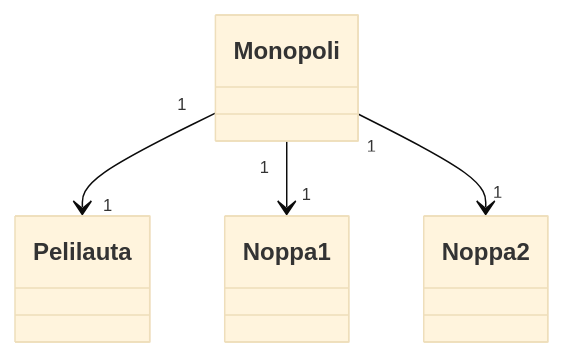
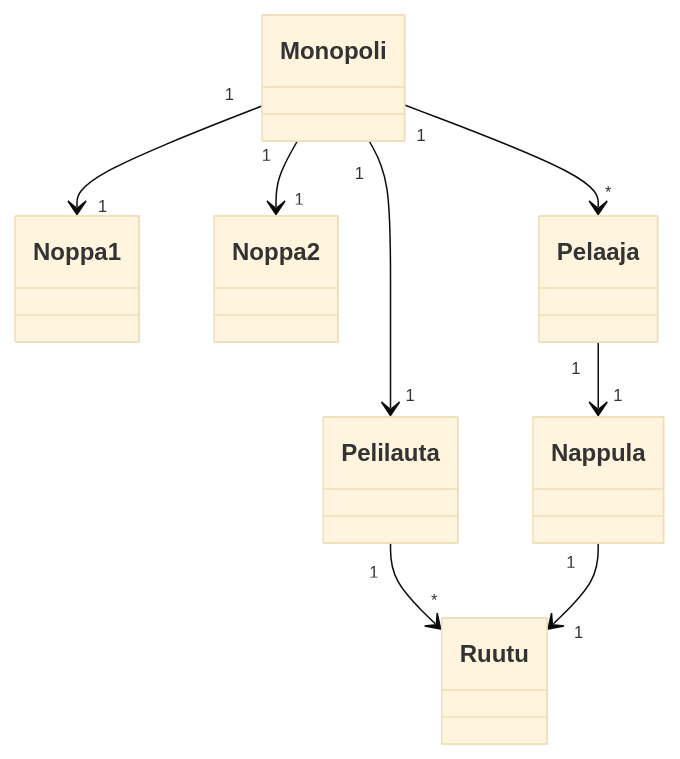
Before and after one commit to jannelem/ot-harjoitustyo-jannelem: the diagram in laskarit/viikko3/kaaviot.md, drawn with Mermaid (base theme).

````diff
--- a/laskarit/viikko3/kaaviot.md
+++ b/laskarit/viikko3/kaaviot.md
@@ -5,6 +5,11 @@
 ```mermaid
 	classDiagram
 		Monopoli "1" --> "1" Pelilauta
 		Monopoli "1" --> "1" Noppa1
 		Monopoli "1" --> "1" Noppa2
+		Monopoli "1" --> "*" Pelaaja
+		Pelaaja "1" --> "1" Nappula
+		Pelilauta "1" --> "*" Ruutu
+		Nappula "1" --> "1" Ruutu
+		
 ```
````
